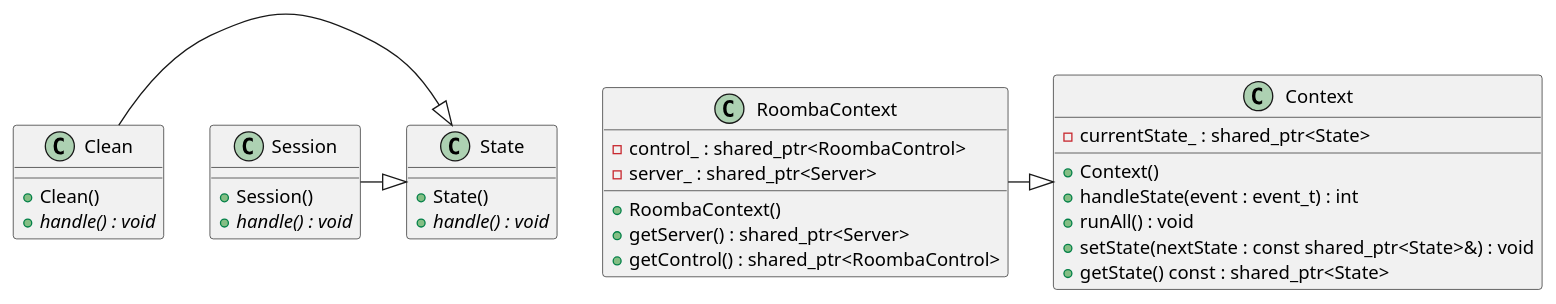
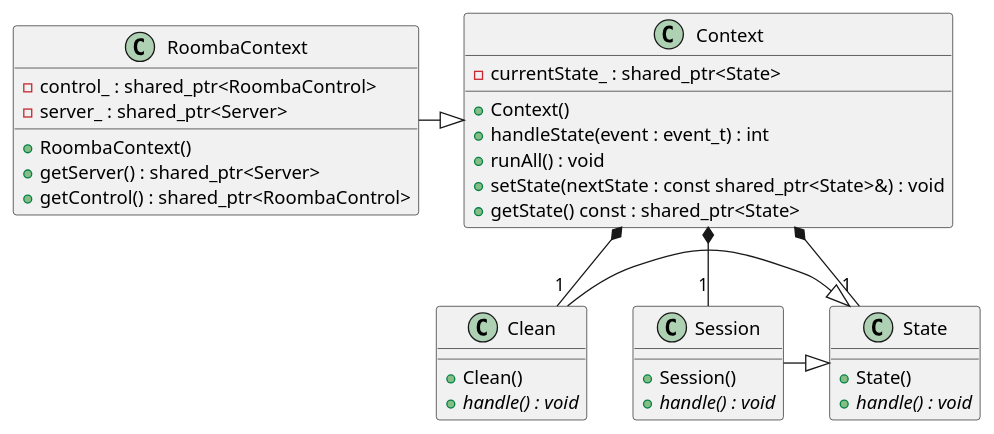
Before and after one commit to VvWijhe/Cleanify: the diagram in UML/state_diagram.puml, drawn with PlantUML.

```diff
--- a/UML/state_diagram.puml
+++ b/UML/state_diagram.puml
@@ -1,38 +1,40 @@
 @startuml
-
 class State {
 + State()
 + <i>handle() : void
 }
 
 Clean -|> State
 class Clean {
 + Clean()
 + <i>handle() : void
 }
 
 Session -|> State
 class Session {
 + Session()
 + <i>handle() : void
 }
 
 class Context {
 + Context()
 + handleState(event : event_t) : int
 + runAll() : void
 + setState(nextState : const shared_ptr<State>&) : void
 + getState() const : shared_ptr<State>
 - currentState_ : shared_ptr<State>
 }
 
 RoombaContext -|> Context
 class RoombaContext {
 + RoombaContext()
 + getServer() : shared_ptr<Server>
 + getControl() : shared_ptr<RoombaControl>
 - control_ : shared_ptr<RoombaControl>
 - server_ : shared_ptr<Server>
 }
 
+Context *--"1" Clean
+Context *--"1" State
+Context *--"1" Session
 @enduml
```
